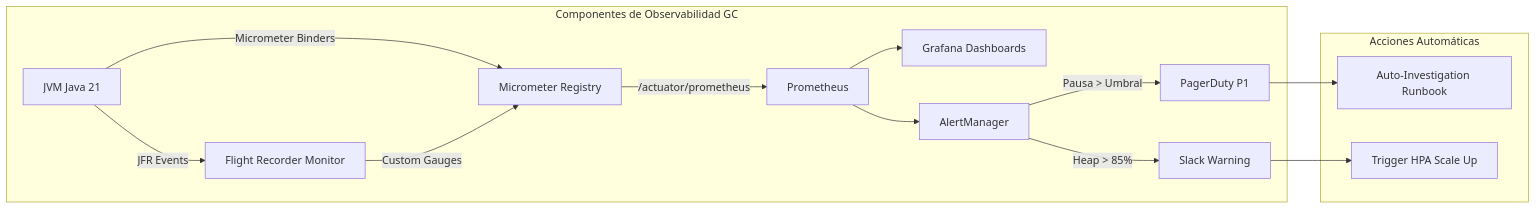
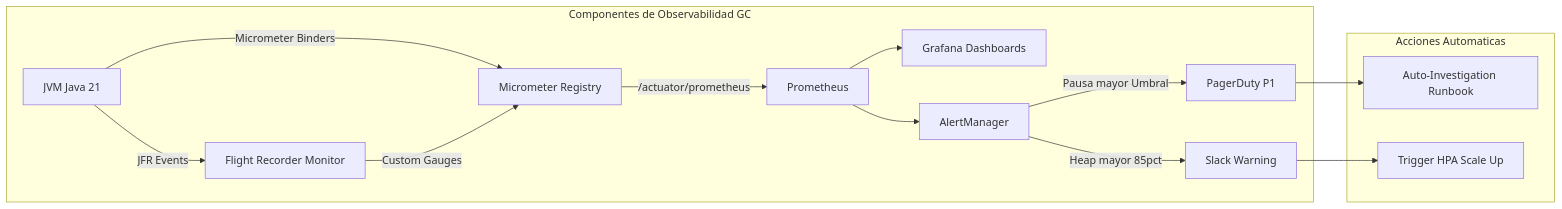
The second of 4 diagrams in 01_Java_Core/garbage_collectors_en_la_jvm_g1_zgc_y_shenandoah_en_produccion_STAFF.md (Joaquinriosheredia/DAM-Java-Mastery), drawn with Mermaid before and after one commit. The commit also changed other lines of this file, not shown here.

````diff
--- a/01_Java_Core/garbage_collectors_en_la_jvm_g1_zgc_y_shenandoah_en_produccion_STAFF.md
+++ b/01_Java_Core/garbage_collectors_en_la_jvm_g1_zgc_y_shenandoah_en_produccion_STAFF.md
@@ -121,21 +139,21 @@
 ```mermaid
 graph LR
     subgraph "Componentes de Observabilidad GC"
         JVM[JVM Java 21] -->|JFR Events| JFRMON[Flight Recorder Monitor]
         JVM -->|Micrometer Binders| METRICS[Micrometer Registry]
         
         JFRMON -->|Custom Gauges| METRICS
         METRICS -->|/actuator/prometheus| PROM[Prometheus]
         
         PROM --> GRAF[Grafana Dashboards]
         PROM --> ALERT[AlertManager]
         
-        ALERT -->|Pausa > Umbral| PAGE[PagerDuty P1]
-        ALERT -->|Heap > 85%| SLACK[Slack Warning]
+        ALERT -->|Pausa mayor Umbral| PAGE[PagerDuty P1]
+        ALERT -->|Heap mayor 85pct| SLACK[Slack Warning]
     end
     
-    subgraph "Acciones Automáticas"
+    subgraph "Acciones Automaticas"
         PAGE --> INVESTIGATE[Auto-Investigation Runbook]
         SLACK --> SCALE[Trigger HPA Scale Up]
     end
 ```
````
